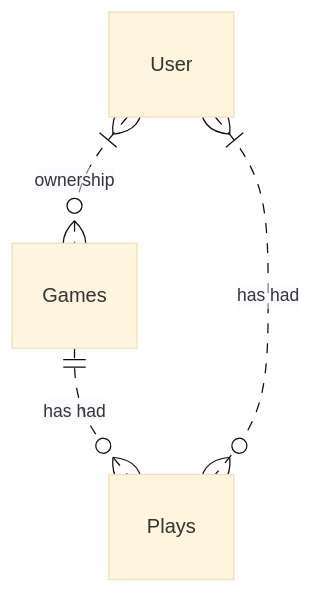
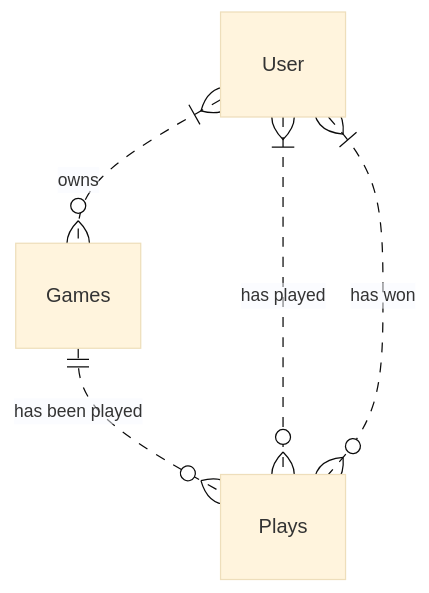
The diagram in data/data.md (OzLocke/gamelogger), drawn with Mermaid (base theme) before and after one commit. The commit also changed 3 other files, not shown here.

````diff
--- a/data/data.md
+++ b/data/data.md
@@ -1,6 +1,7 @@
 ```mermaid
 erDiagram
-    User }|..o{ Games : ownership
-    Games ||..o{ Plays : "has had"
-    User }|..o{ Plays : "has had"
+    User }|..o{ Games : owns
+    Games ||..o{ Plays : "has been played"
+    User }|..o{ Plays : "has played"
+    User }|..o{ Plays : "has won"
 ```
````
